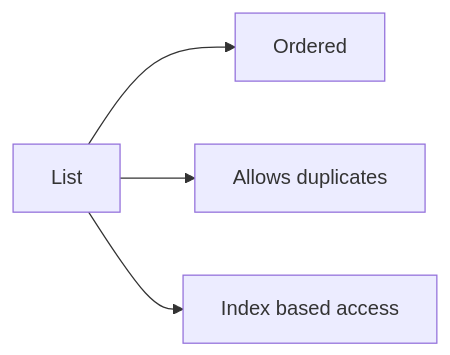
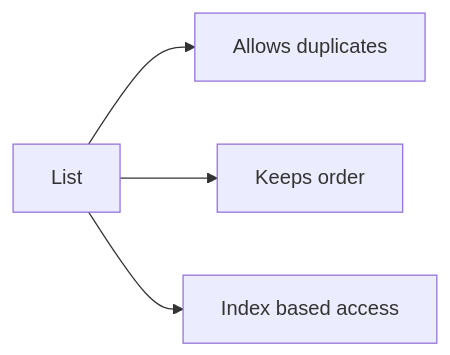
Before and after one commit to mthaiseer/springcloud-systemdesign-notes: the third of 25 diagrams in HLD_NOTES/003_TECHNOLOGY_DEEP_DIVE/core-java/java_collections_quick_ref.md, drawn with Mermaid. The commit also changed other lines of this file, not shown here.

````diff
--- a/HLD_NOTES/003_TECHNOLOGY_DEEP_DIVE/core-java/java_collections_quick_ref.md
+++ b/HLD_NOTES/003_TECHNOLOGY_DEEP_DIVE/core-java/java_collections_quick_ref.md
@@ -183,6 +117,6 @@
 ```mermaid
 flowchart LR
-    List["List"] --> Ordered["Ordered"]
-    List --> Duplicate["Allows duplicates"]
-    List --> Index["Index based access"]
+    List[List] --> AllowsDuplicates[Allows duplicates]
+    List --> KeepsOrder[Keeps order]
+    List --> IndexAccess[Index based access]
 ```
````
